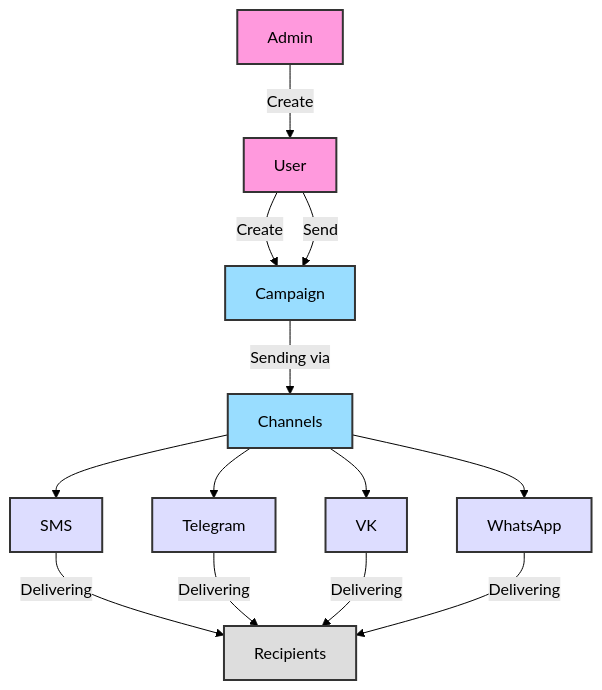
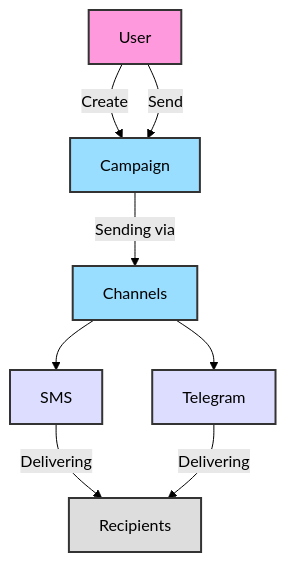
One commit to Goryounov/campaigns changed the diagram in scheme.md. Above: the diagram before and after it, drawn with Mermaid (forest theme).

Commit message:
feat: update scheme

````diff
--- a/scheme.md
+++ b/scheme.md
@@ -2,40 +2,32 @@
 ```mermaid
 graph TD
-    Admin["Admin"]
     User["User"]
     
     Campaign["Campaign"]
     
     Channels["Channels"]
     SMS["SMS"]
     Telegram["Telegram"]
-    VK["VK"]
-    WhatsApp["WhatsApp"]
     
     Recipients["Recipients"]
     
-    Admin -->|"Create"| User
     User -->|"Create"| Campaign
     User -->|"Send"| Campaign
     
     Campaign -->|"Sending via"| Channels
     Channels --> SMS
     Channels --> Telegram
-    Channels --> VK
-    Channels --> WhatsApp
     
     SMS -->|"Delivering"| Recipients
     Telegram -->|"Delivering"| Recipients
-    VK -->|"Delivering"| Recipients
-    WhatsApp -->|"Delivering"| Recipients
     
     classDef actor fill:#f9d,stroke:#333,stroke-width:2px,color:black;
     classDef object fill:#9df,stroke:#333,stroke-width:2px,color:black;
     classDef channel fill:#ddf,stroke:#333,stroke-width:2px,color:black;
     classDef recipient fill:#ddd,stroke:#333,stroke-width:2px,color:black;
     
     class Admin,User actor;
     class Campaign,Channels object;
     class SMS,Telegram,VK,WhatsApp channel;
     class Recipients recipient;
 ```
````
